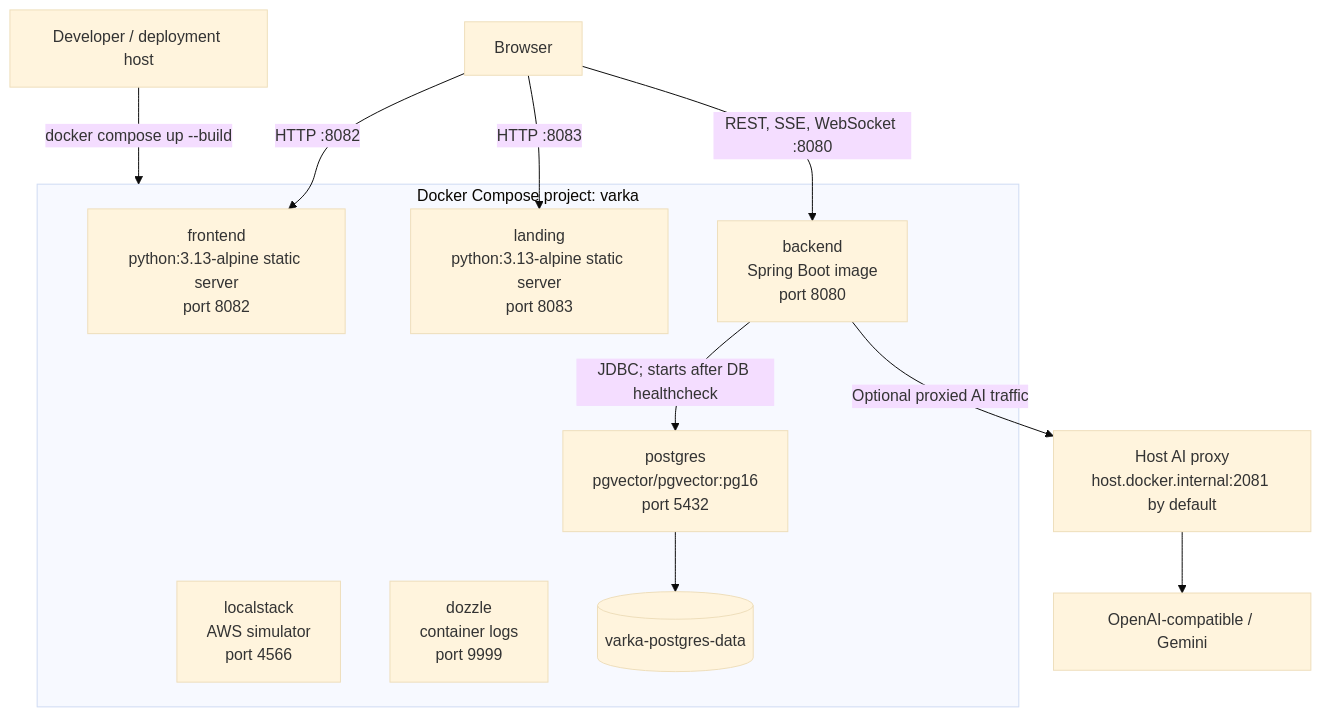
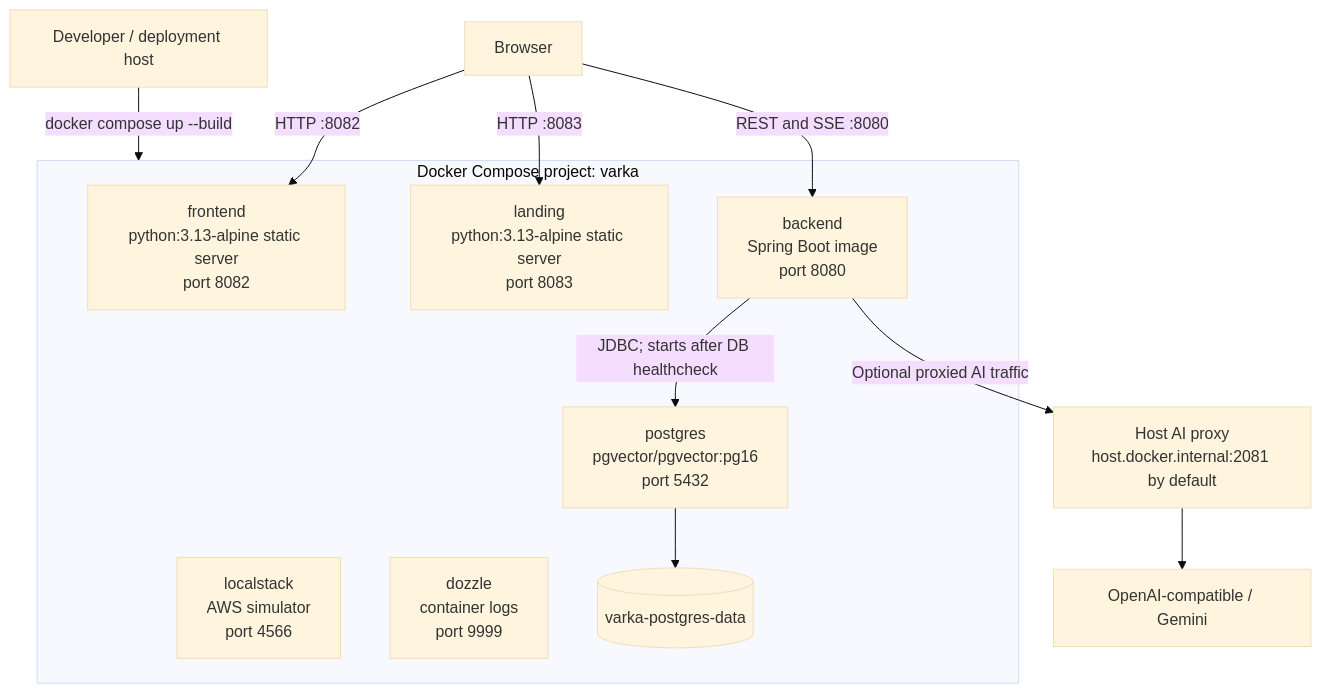
The first of 2 diagrams in docs/diagrams/04-deployment-and-runtime.md (mehdieidi/modriss), drawn with Mermaid (base theme) before and after one commit. The commit also changed other lines of this file and 37 other files, not shown here.

````diff
--- a/docs/diagrams/04-deployment-and-runtime.md
+++ b/docs/diagrams/04-deployment-and-runtime.md
@@ -5,26 +5,26 @@
 ```mermaid
 flowchart TB
     host["Developer / deployment host"]
     browser["Browser"]
 
     subgraph compose["Docker Compose project: varka"]
         frontend["frontend<br/>python:3.13-alpine static server<br/>port 8082"]
         landing["landing<br/>python:3.13-alpine static server<br/>port 8083"]
         backend["backend<br/>Spring Boot image<br/>port 8080"]
         postgres["postgres<br/>pgvector/pgvector:pg16<br/>port 5432"]
         localstack["localstack<br/>AWS simulator<br/>port 4566"]
         dozzle["dozzle<br/>container logs<br/>port 9999"]
         volume[("varka-postgres-data")]
     end
 
     proxy["Host AI proxy<br/>host.docker.internal:2081 by default"]
     provider["OpenAI-compatible / Gemini"]
 
     host -->|"docker compose up --build"| compose
     browser -->|"HTTP :8082"| frontend
     browser -->|"HTTP :8083"| landing
-    browser -->|"REST, SSE, WebSocket :8080"| backend
+    browser -->|"REST and SSE :8080"| backend
     backend -->|"JDBC; starts after DB healthcheck"| postgres
     postgres --> volume
     backend -->|"Optional proxied AI traffic"| proxy --> provider
 ```
````
